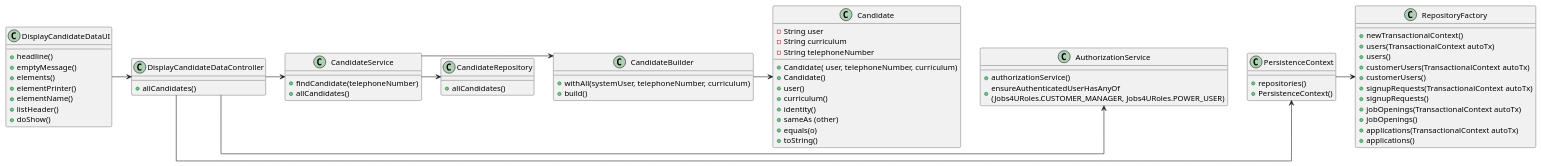
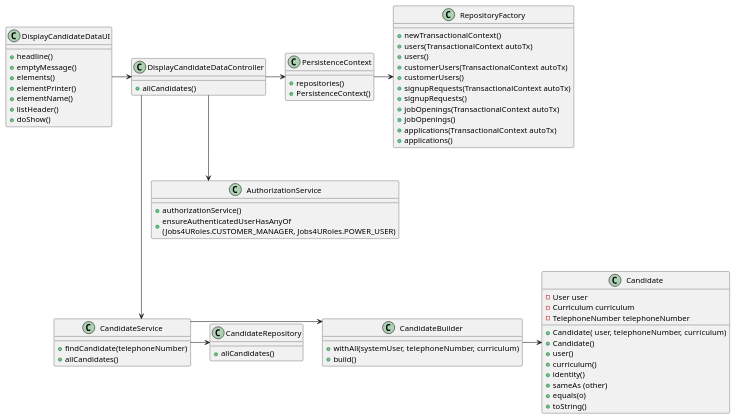
Before and after one commit to MiguelCardoso77/LAPR4: the diagram in docs/SprintB/1006/1006-class-diagram.puml, drawn with PlantUML. The commit also changed 1 other file, not shown here.

```diff
--- a/docs/SprintB/1006/1006-class-diagram.puml
+++ b/docs/SprintB/1006/1006-class-diagram.puml
@@ -1,95 +1,95 @@
 @startuml
 skinparam linetype ortho
 top to bottom direction
 
 class DisplayCandidateDataUI{
     + headline()
     + emptyMessage()
     + elements()
     + elementPrinter()
     + elementName()
     + listHeader()
     + doShow()
 }
 
 
 class DisplayCandidateDataController{
     + allCandidates()
 }
 
 class Candidate{
-    - String user
-    - String curriculum
-    - String telephoneNumber
+    - User user
+    - Curriculum curriculum
+    - TelephoneNumber telephoneNumber
 
     + Candidate( user, telephoneNumber, curriculum)
     + Candidate()
     + user()
     + curriculum()
     + identity()
     + sameAs (other)
     + equals(o)
     + toString()
 
 }
 
 class CandidateRepository{
     + allCandidates()
 }
 
 class CandidateService{
     + findCandidate(telephoneNumber)
     + allCandidates()
 
 }
 
 class CandidateBuilder{
     + withAll(systemUser, telephoneNumber, curriculum)
     +build()
 }
 
 class AuthorizationService{
     + authorizationService()
     + ensureAuthenticatedUserHasAnyOf\n(Jobs4URoles.CUSTOMER_MANAGER, Jobs4URoles.POWER_USER)
 
 }
 
 class PersistenceContext {
     + repositories()
     + PersistenceContext()
 }
 
 class RepositoryFactory{
     + newTransactionalContext()
     + users(TransactionalContext autoTx)
     + users()
     + customerUsers(TransactionalContext autoTx)
     + customerUsers()
     + signupRequests(TransactionalContext autoTx)
     + signupRequests()
     + jobOpenings(TransactionalContext autoTx)
     + jobOpenings()
     + applications(TransactionalContext autoTx)
     + applications()
 }
 
 
 
 
 
 
 
 
 
 
 
 DisplayCandidateDataUI -> DisplayCandidateDataController
 DisplayCandidateDataController -> PersistenceContext
 PersistenceContext -> RepositoryFactory
-DisplayCandidateDataController -> AuthorizationService
-DisplayCandidateDataController -> CandidateService
+DisplayCandidateDataController --> AuthorizationService
+DisplayCandidateDataController ---> CandidateService
 CandidateService -> CandidateBuilder
 CandidateBuilder -> Candidate
 CandidateService-> CandidateRepository
 
 @enduml
```
